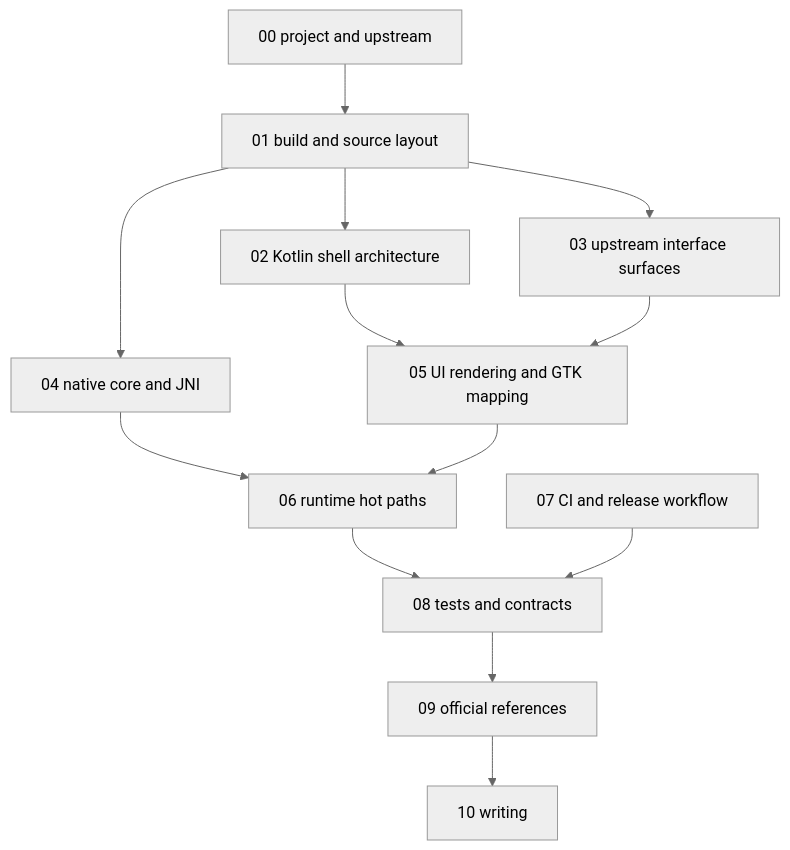
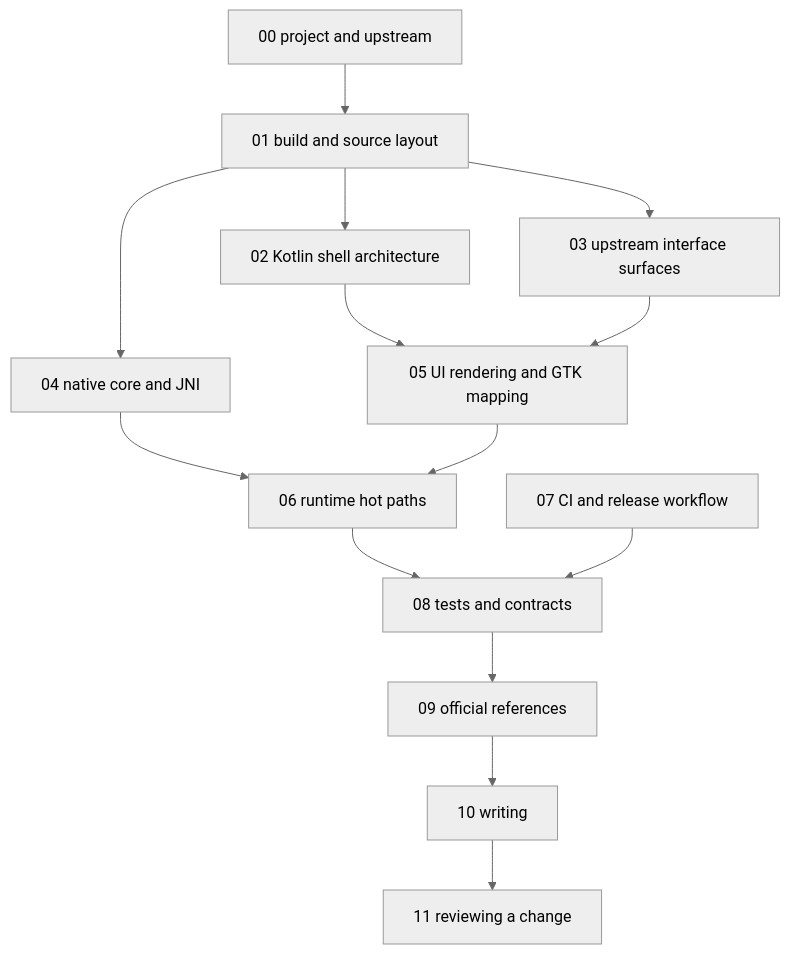
One commit to ppigazzini/r47zen changed the diagram in android/docs/dev/README.md. Above: the diagram before and after it, drawn with Mermaid (neutral theme). The commit also changed other lines of this file and 5 other files, not shown here.

````diff
--- a/android/docs/dev/README.md
+++ b/android/docs/dev/README.md
@@ -14,27 +14,29 @@
 ```mermaid
 flowchart TD
   A[00 project and upstream]
   B[01 build and source layout]
   C[02 Kotlin shell architecture]
   D[03 upstream interface surfaces]
   E[04 native core and JNI]
   F[05 UI rendering and GTK mapping]
   G[06 runtime hot paths]
   H[07 CI and release workflow]
   I[08 tests and contracts]
   J[09 official references]
   K[10 writing]
+  L[11 reviewing a change]
 
   A --> B
   B --> C
   B --> D
   B --> E
   C --> F
   D --> F
   E --> G
   F --> G
   G --> I
   H --> I
   I --> J
   J --> K
+  K --> L
 ```
````
